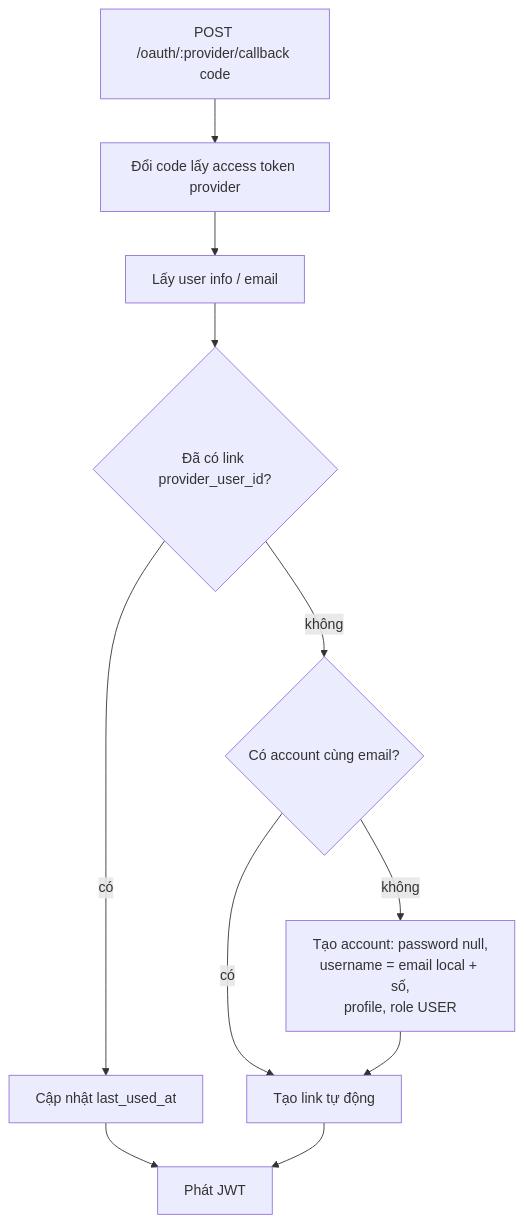
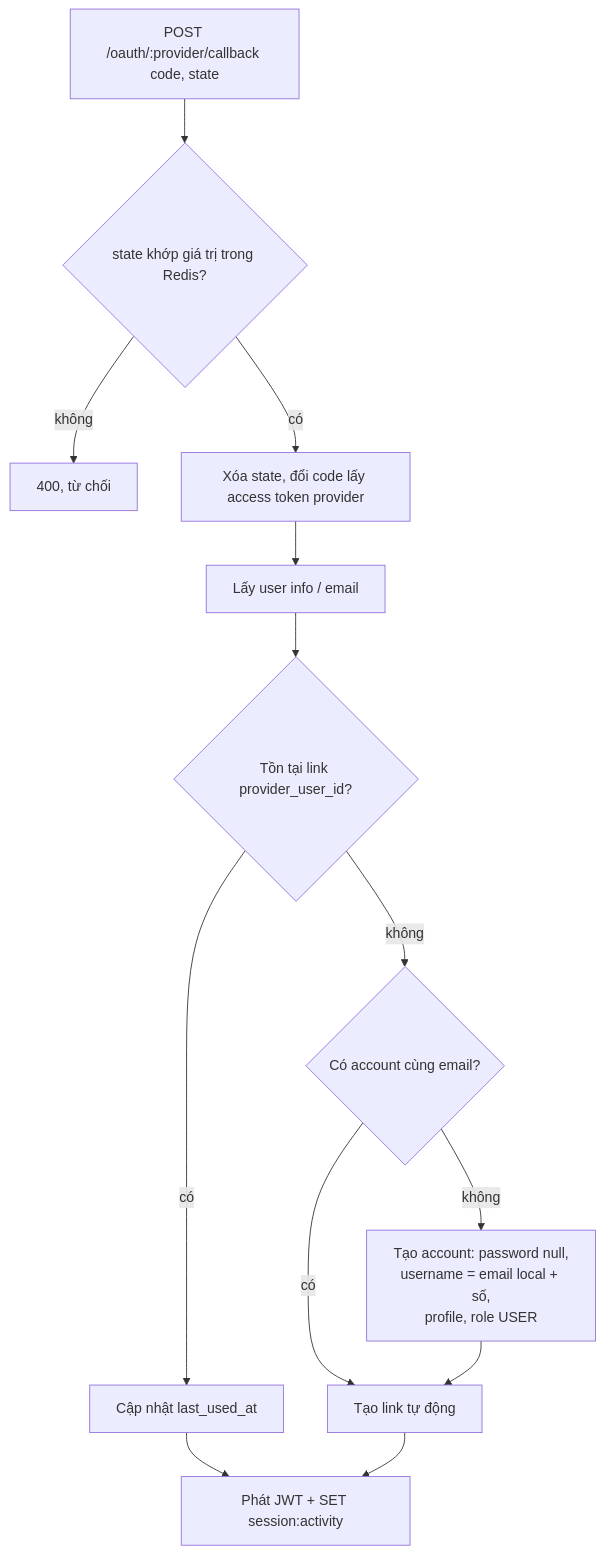
The fourth of 5 diagrams in docs/services/auth-service.md (ngohoangg/intelli-hire), drawn with Mermaid before and after one commit. The commit also changed other lines of this file and 19 other files, not shown here.

````diff
--- a/docs/services/auth-service.md
+++ b/docs/services/auth-service.md
@@ -232,10 +247,12 @@
 ```mermaid
 flowchart TD
-    A[POST /oauth/:provider/callback code] --> B[Đổi code lấy access token provider]
+    A[POST /oauth/:provider/callback code, state] --> S{state khớp giá trị trong Redis?}
+    S -- không --> X[400, từ chối]
+    S -- có --> B[Xóa state, đổi code lấy access token provider]
     B --> C[Lấy user info / email]
-    C --> D{Đã có link provider_user_id?}
-    D -- có --> E[Cập nhật last_used_at] --> Z[Phát JWT]
+    C --> D{Tồn tại link provider_user_id?}
+    D -- có --> E[Cập nhật last_used_at] --> Z[Phát JWT + SET session:activity]
     D -- không --> F{Có account cùng email?}
     F -- có --> G[Tạo link tự động] --> Z
     F -- không --> H[Tạo account: password null,<br/>username = email local + số,<br/>profile, role USER] --> G
 ```
````
